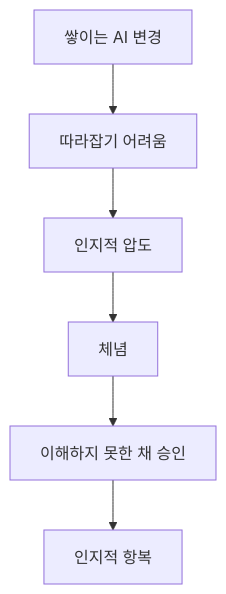
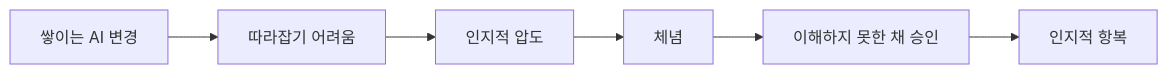
The diagram in src/content/posts/cognitive-surrender.md (hon454/hon454.github.io), drawn with Mermaid before and after one commit.

Commit message:
fix(content): use horizontal cognitive surrender flowchart (#49)
## Summary

인지적 항복 글의 Mermaid 흐름도를 가로 방향으로 표시해 본문 공간을 더 효율적으로 사용합니다.

## Changes

- cognitive-surrender.md의 Mermaid 방향을 TD에서 LR로 변경했습니다.
- 기존 확대·축소·초기화·전체화면 동작은 그대로 유지합니다.

## Validation

- pnpm check — 통과
- pnpm type-check — 통과
- pnpm build — 통과
- 데스크톱 및 모바일 너비에서 로컬 렌더링 확인

````diff
--- a/src/content/posts/cognitive-surrender.md
+++ b/src/content/posts/cognitive-surrender.md
@@ -39,8 +39,8 @@
 ```mermaid
-flowchart TD
+flowchart LR
     A["쌓이는 AI 변경"] --> B["따라잡기 어려움"]
     B --> C["인지적 압도"]
     C --> D["체념"]
     D --> E["이해하지 못한 채 승인"]
     E --> F["인지적 항복"]
 ```
````
